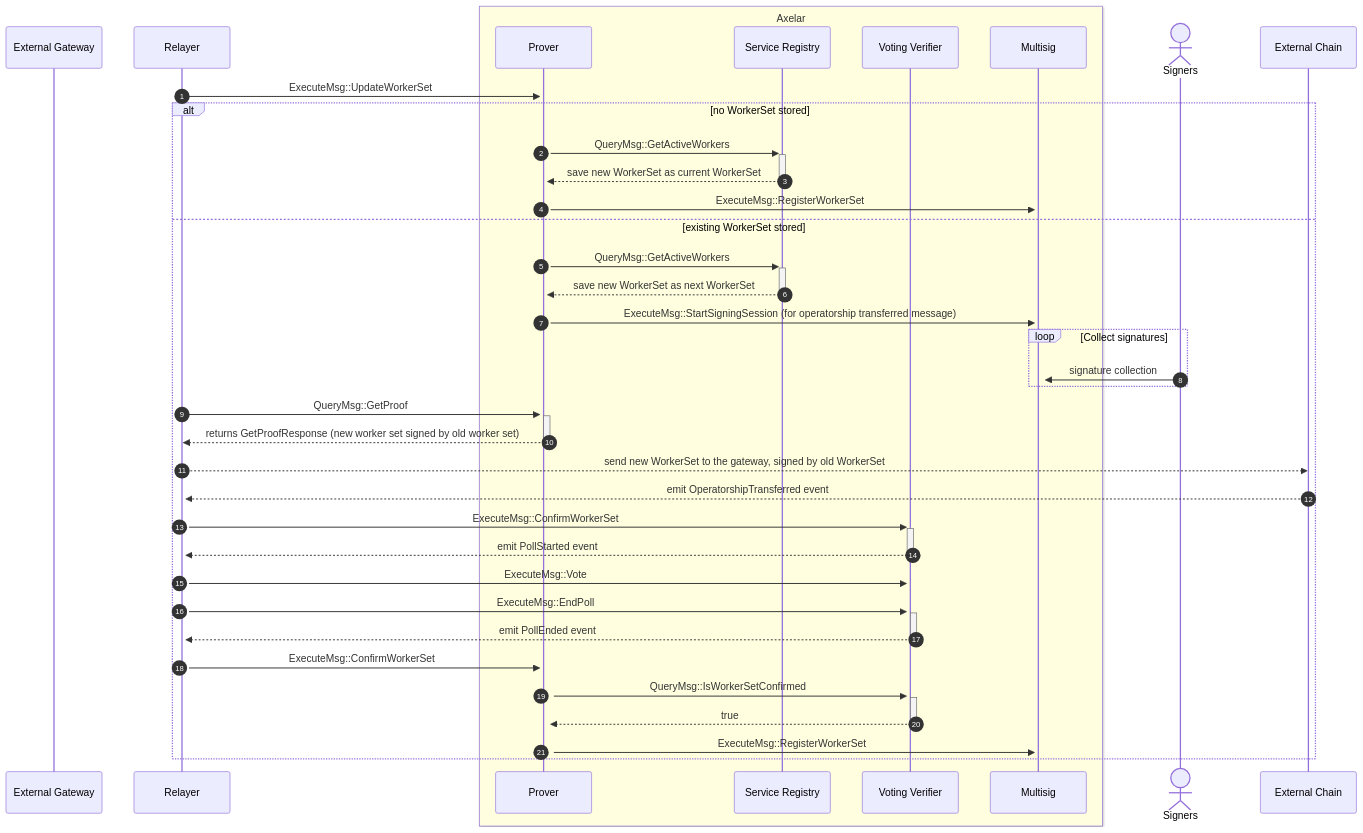
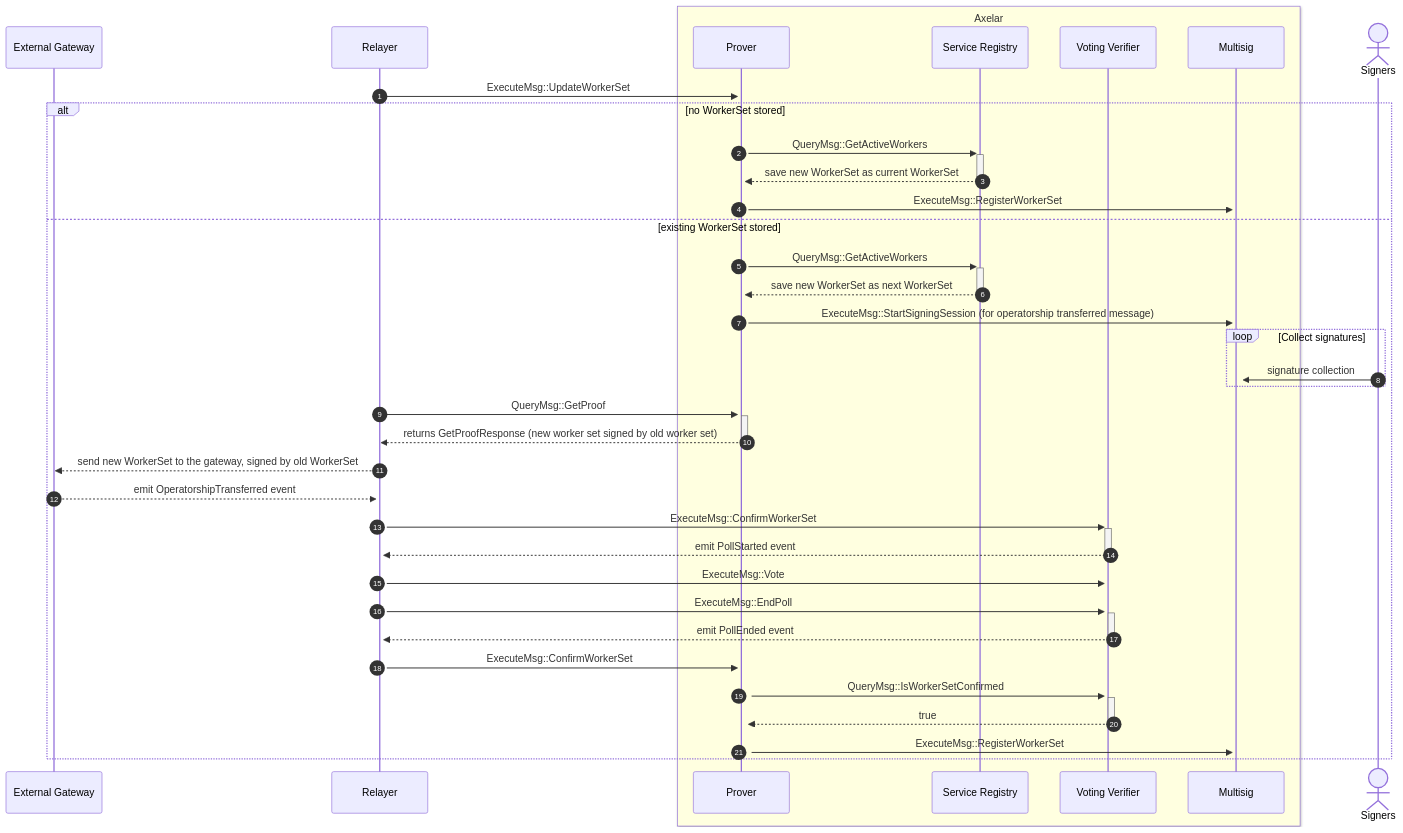
Before and after one commit to axelarnetwork/axelar-amplifier: the fourth of 4 diagrams in doc/src/contracts/multisig_prover.md, drawn with Mermaid. The commit also changed other lines of this file, not shown here.

Commit message:
use External Gateway instead of External Chain

````diff
--- a/doc/src/contracts/multisig_prover.md
+++ b/doc/src/contracts/multisig_prover.md
@@ -152,39 +152,39 @@
 ```mermaid
 sequenceDiagram
 autonumber
 participant External Gateway
 participant Relayer
 box LightYellow Axelar
 participant Prover
 participant Service Registry
 participant Voting Verifier
 participant Multisig
 end
 actor Signers
 Relayer->>+Prover: ExecuteMsg::UpdateWorkerSet
 alt no WorkerSet stored
   Prover->>+Service Registry: QueryMsg::GetActiveWorkers
   Service Registry-->>-Prover: save new WorkerSet as current WorkerSet
   Prover->>+Multisig: ExecuteMsg::RegisterWorkerSet
 else existing WorkerSet stored
   Prover->>+Service Registry: QueryMsg::GetActiveWorkers
   Service Registry-->>-Prover: save new WorkerSet as next WorkerSet
   Prover->>+Multisig: ExecuteMsg::StartSigningSession (for operatorship transferred message)
   loop Collect signatures
 	  Signers->>+Multisig: signature collection
   end
   Relayer->>+Prover: QueryMsg::GetProof
   Prover-->>-Relayer: returns GetProofResponse (new worker set signed by old worker set)
-  Relayer-->>External Chain: send new WorkerSet to the gateway, signed by old WorkerSet
-  External Chain-->>+Relayer: emit OperatorshipTransferred event
+  Relayer-->>External Gateway: send new WorkerSet to the gateway, signed by old WorkerSet
+  External Gateway-->>+Relayer: emit OperatorshipTransferred event
   Relayer->>+Voting Verifier: ExecuteMsg::ConfirmWorkerSet
   Voting Verifier-->>-Relayer: emit PollStarted event
   Relayer->>+Voting Verifier: ExecuteMsg::Vote
   Relayer->>+Voting Verifier: ExecuteMsg::EndPoll
   Voting Verifier-->>-Relayer: emit PollEnded event
   Relayer->>+Prover: ExecuteMsg::ConfirmWorkerSet
   Prover->>+Voting Verifier: QueryMsg::IsWorkerSetConfirmed
   Voting Verifier-->>-Prover: true
   Prover->>+Multisig: ExecuteMsg::RegisterWorkerSet
 end
 ```
````
